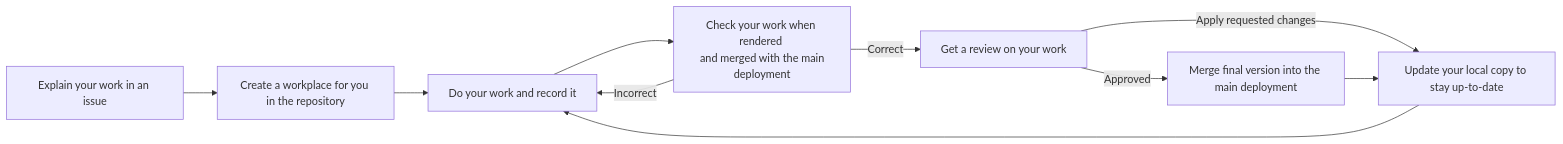
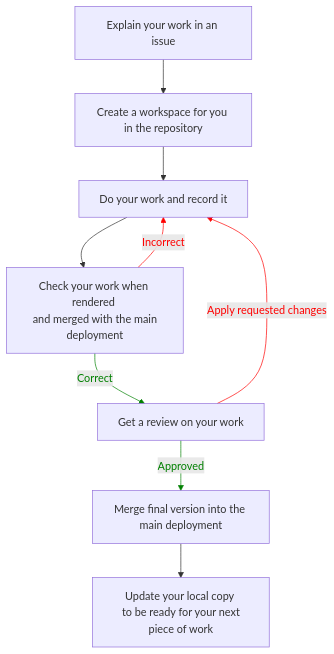
The first of 5 diagrams in documentation/docs/developer_guide/contribution_flowchart.md (CABLE-LSM/CABLE), drawn with Mermaid before and after one commit. The commit also changed other lines of this file, not shown here.

Commit message:
Clean up flowcharts

````diff
--- a/documentation/docs/developer_guide/contribution_flowchart.md
+++ b/documentation/docs/developer_guide/contribution_flowchart.md
@@ -7,18 +7,23 @@
 ```mermaid
-   flowchart LR
+   flowchart TD
 
    Idea[Explain your work in an issue]
-   Workplace[Create a workplace for you in the repository]
+   Workspace[Create a workspace for you in the repository]
    Work[Do your work and record it]
    Check[Check your work when rendered <br> and merged with the main deployment]
    Review[Get a review on your work]
    Merge[Merge final version into the main deployment]
-   Update[Update your local copy to stay up-to-date]
+   FinalUpdate[Update your local copy <br> to be ready for your next piece of work]
 
-   Idea --> Workplace --> Work --> Check;
+   Idea --> Workspace --> Work --> Check;
    Check -->|Incorrect|Work;
    Check -->|Correct|Review;
-   Review -->|Apply requested changes|Update --> Work;
-   Review -->|Approved|Merge --> Update;
+   Review -->|Apply requested changes|Work;
+   Review -->|Approved|Merge --> FinalUpdate;
+
+   linkStyle 3 stroke:red,color:red;
+   linkStyle 4 stroke:green,color:green;
+   linkStyle 5 stroke:red,color:red;
+   linkStyle 6 stroke:green,color:green;
 ;
 ```
````
